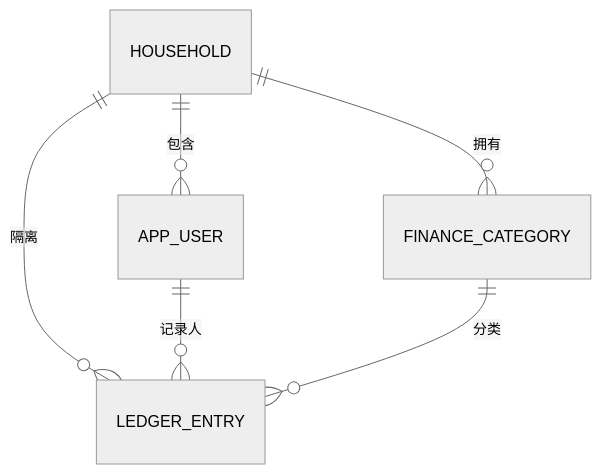
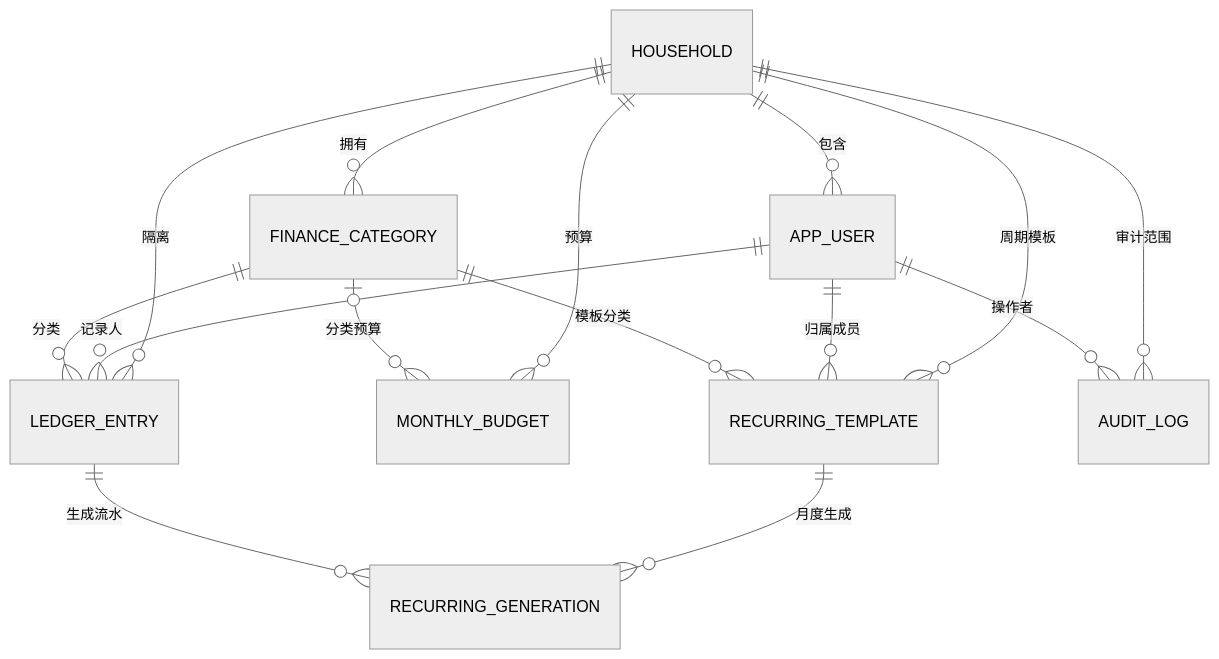
The second of 4 diagrams in docs/team/04-整体架构理解指南.md (1chips8/family-finance), drawn with Mermaid (neutral theme) before and after one commit. The commit also changed other lines of this file and 38 other files, not shown here.

````diff
--- a/docs/team/04-整体架构理解指南.md
+++ b/docs/team/04-整体架构理解指南.md
@@ -52,8 +55,17 @@
 ```mermaid
 erDiagram
     HOUSEHOLD ||--o{ APP_USER : 包含
     HOUSEHOLD ||--o{ FINANCE_CATEGORY : 拥有
     HOUSEHOLD ||--o{ LEDGER_ENTRY : 隔离
     APP_USER ||--o{ LEDGER_ENTRY : 记录人
     FINANCE_CATEGORY ||--o{ LEDGER_ENTRY : 分类
+    HOUSEHOLD ||--o{ MONTHLY_BUDGET : 预算
+    FINANCE_CATEGORY o|--o{ MONTHLY_BUDGET : 分类预算
+    HOUSEHOLD ||--o{ RECURRING_TEMPLATE : 周期模板
+    APP_USER ||--o{ RECURRING_TEMPLATE : 归属成员
+    FINANCE_CATEGORY ||--o{ RECURRING_TEMPLATE : 模板分类
+    RECURRING_TEMPLATE ||--o{ RECURRING_GENERATION : 月度生成
+    LEDGER_ENTRY ||--o{ RECURRING_GENERATION : 生成流水
+    HOUSEHOLD ||--o{ AUDIT_LOG : 审计范围
+    APP_USER ||--o{ AUDIT_LOG : 操作者
 ```
````
